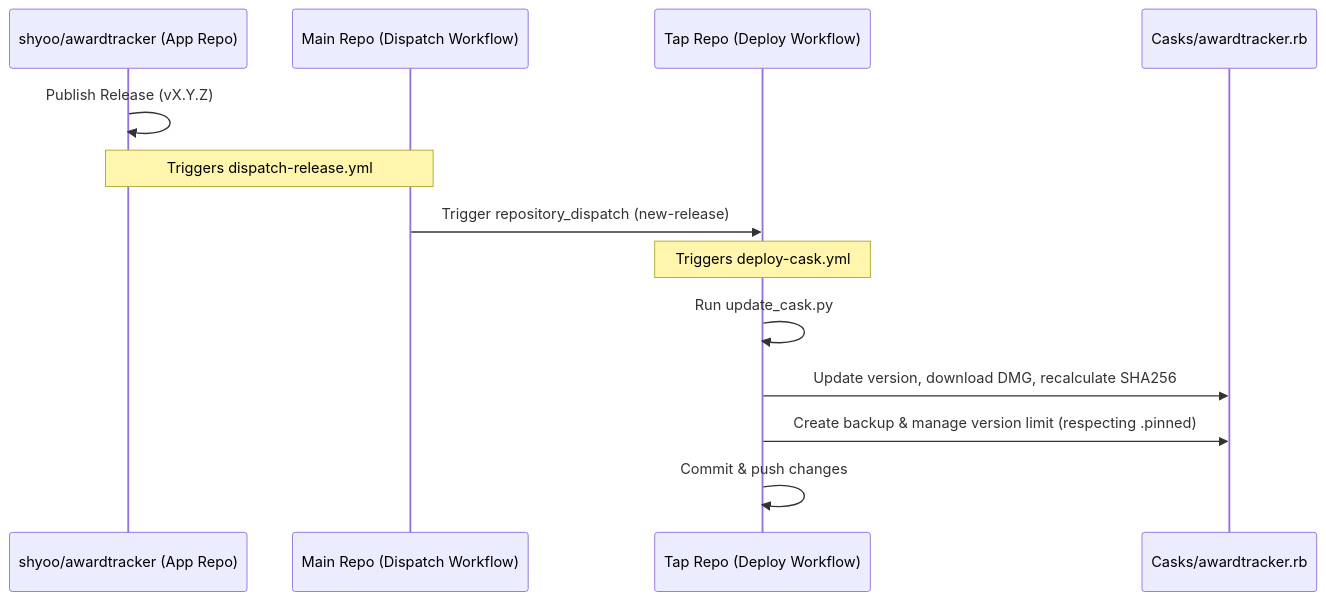
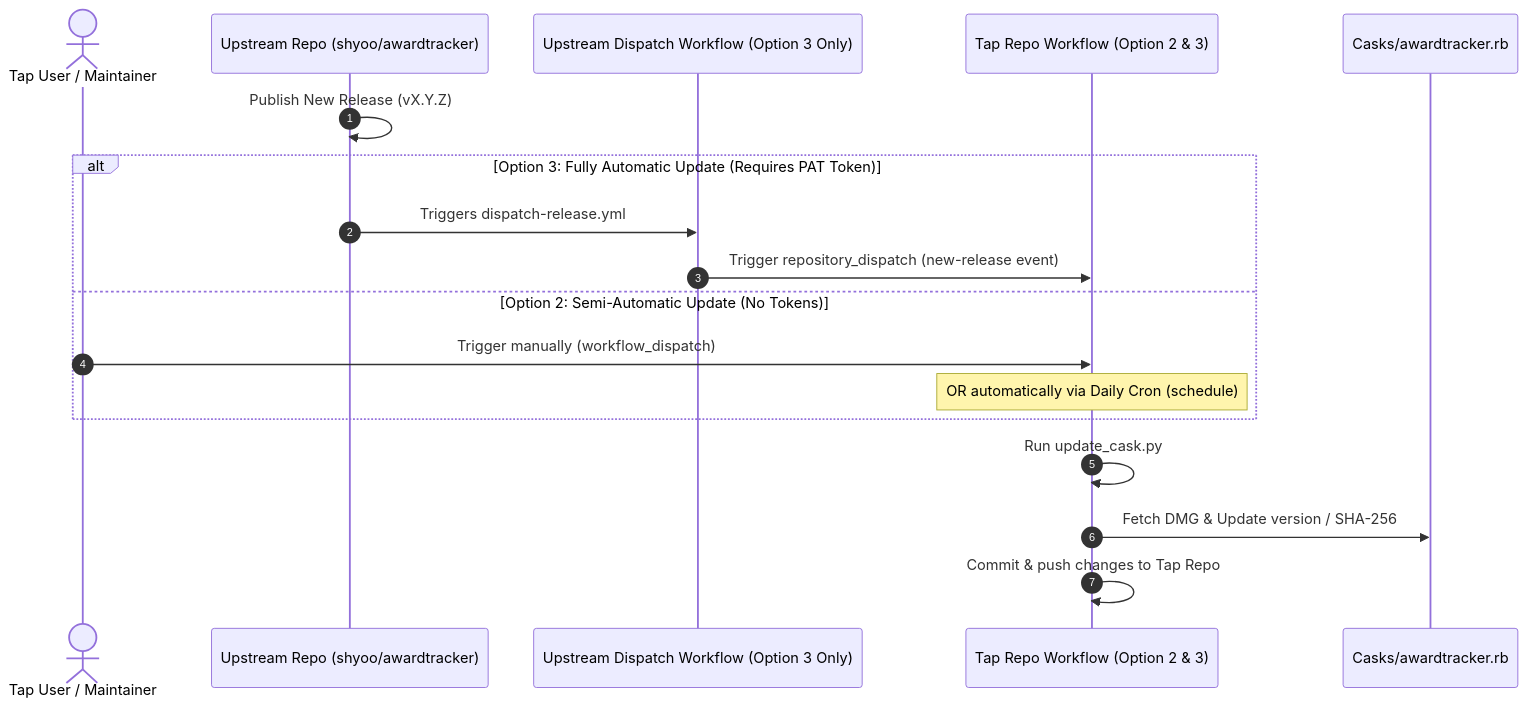
Before and after one commit to kevmando/homebrew-awardtracker: the diagram in .github/workflows/README.md, drawn with Mermaid. The commit also changed other lines of this file, not shown here.

Commit message:
Update workflows README with progressive options and integrated sequence diagram

````diff
--- a/.github/workflows/README.md
+++ b/.github/workflows/README.md
@@ -31,16 +144,23 @@
-    ```mermaid
-    sequenceDiagram
-        participant Upstream as shyoo/awardtracker (App Repo)
-        participant Action1 as Main Repo (Dispatch Workflow)
-        participant Action2 as Tap Repo (Deploy Workflow)
-        participant CaskFile as Casks/awardtracker.rb
+```mermaid
+sequenceDiagram
+    autonumber
+    actor User as Tap User / Maintainer
+    participant Upstream as Upstream Repo (shyoo/awardtracker)
+    participant Action1 as Upstream Dispatch Workflow (Option 3 Only)
+    participant Action2 as Tap Repo Workflow (Option 2 & 3)
+    participant CaskFile as Casks/awardtracker.rb
 
-        Upstream->>Upstream: Publish Release (vX.Y.Z)
-        Note over Upstream, Action1: Triggers dispatch-release.yml
-        Action1->>Action2: Trigger repository_dispatch (new-release)
-        Note over Action2: Triggers deploy-cask.yml
-        Action2->>Action2: Run update_cask.py
-        Action2->>CaskFile: Update version, download DMG, recalculate SHA256
-        Action2->>CaskFile: Create backup & manage version limit (respecting .pinned)
-        Action2->>Action2: Commit & push changes
-    ```
+    Upstream->>Upstream: Publish New Release (vX.Y.Z)
+
+    alt Option 3: Fully Automatic Update (Requires PAT Token)
+        Upstream->>Action1: Triggers dispatch-release.yml
+        Action1->>Action2: Trigger repository_dispatch (new-release event)
+    else Option 2: Semi-Automatic Update (No Tokens)
+        User->>Action2: Trigger manually (workflow_dispatch)
+        Note over Action2: OR automatically via Daily Cron (schedule)
+    end
+
+    Action2->>Action2: Run update_cask.py
+    Action2->>CaskFile: Fetch DMG & Update version / SHA-256
+    Action2->>Action2: Commit & push changes to Tap Repo
+```
````
